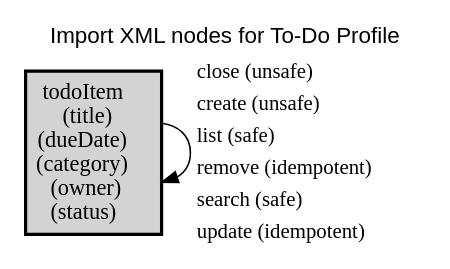
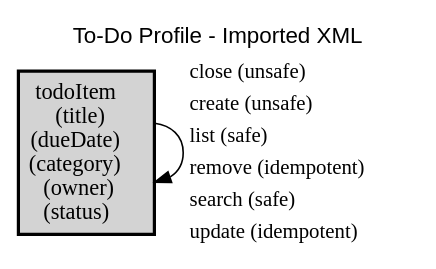
The diagram in xml-samples/test.dot (alps-io/alps-asd-playground), drawn with Graphviz before and after one commit. The commit also changed 34 other files, not shown here.

```diff
--- a/xml-samples/test.dot
+++ b/xml-samples/test.dot
@@ -1,15 +1,15 @@
 digraph application_state_diagram {
   graph [
     labelloc="t";
     fontname="Helvetica"
-    label="Import XML nodes for To-Do Profile";
+    label="To-Do Profile - Imported XML";
     URL="index.html" target="_parent"
   ];
   node [shape = box, style = "bold,filled" fillcolor="lightgray"];
 
     todoItem [margin=0.02, label=<<table cellspacing="0" cellpadding="5" border="0"><tr><td>todoItem<br />(title)<br />(dueDate)<br />(category)<br />(owner)<br />(status)<br /></td></tr></table>>,shape=box URL="docs/semantic.todoItem.html" target="_parent"]
 
     todoItem -> todoItem [label=<<table  border="0"><tr><td align="left" href="docs/unsafe.close.html">close (unsafe)</td></tr><tr><td align="left" href="docs/unsafe.create.html">create (unsafe)</td></tr><tr><td align="left" href="docs/safe.list.html">list (safe)</td></tr><tr><td align="left" href="docs/idempotent.remove.html">remove (idempotent)</td></tr><tr><td align="left" href="docs/safe.search.html">search (safe)</td></tr><tr><td align="left" href="docs/idempotent.update.html">update (idempotent)</td></tr></table>> fontsize=13];
 
 
 }
```
